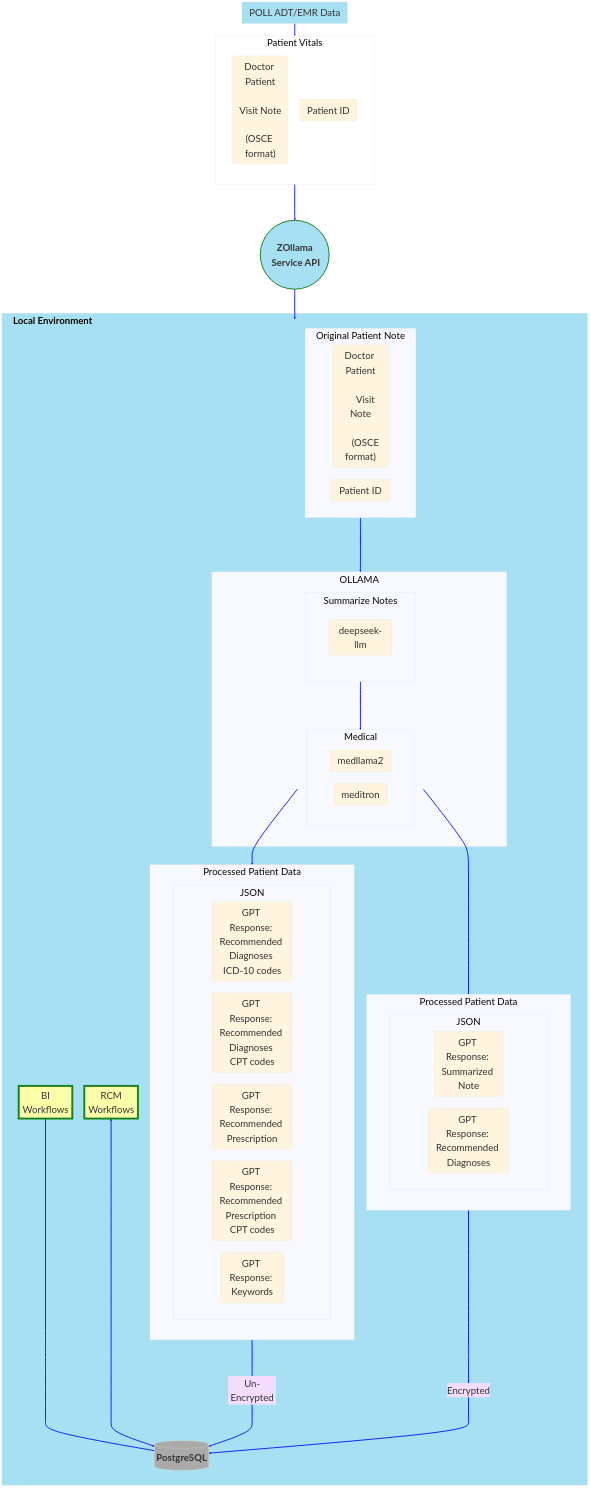
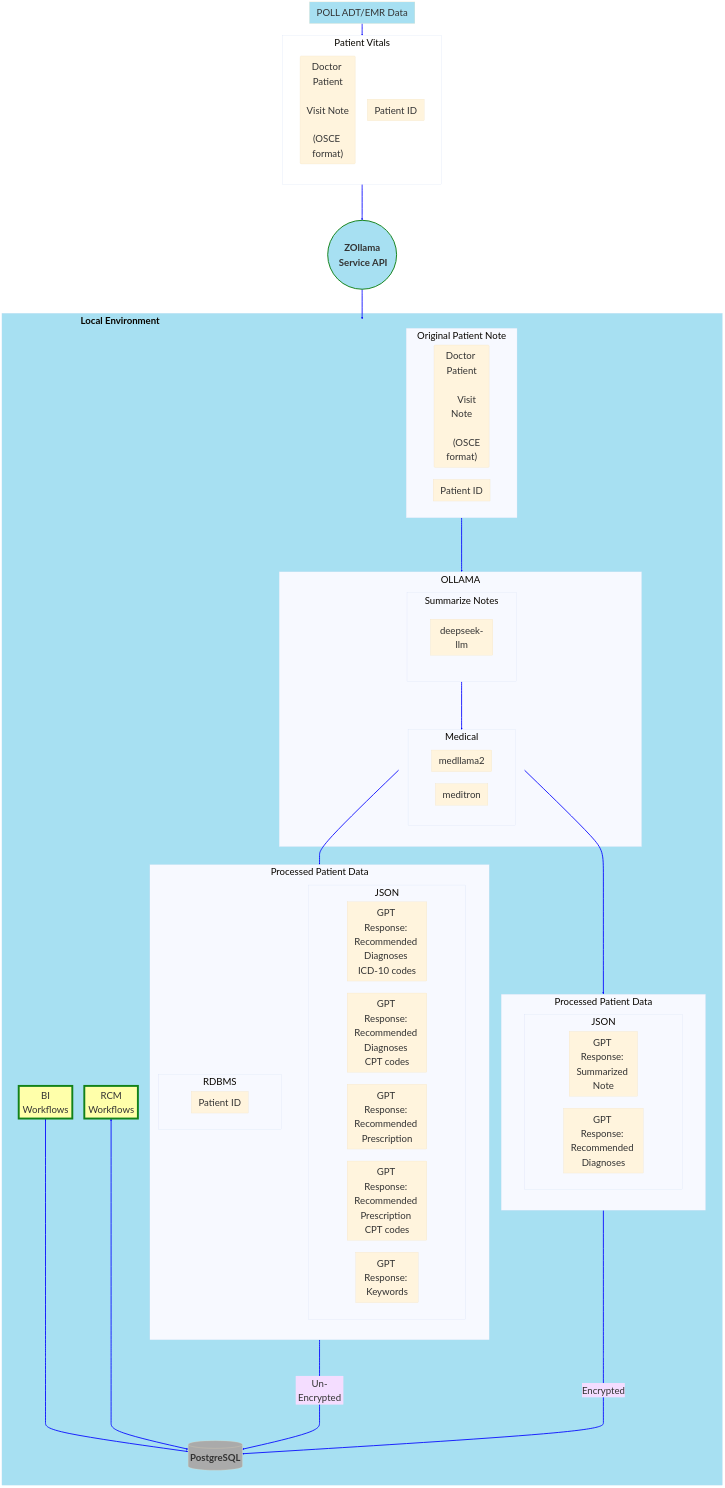
Before and after one commit to ovaisq/LLM-MedBillingForecast: the first of 3 diagrams in README.md, drawn with Mermaid.

Commit message:
Finalized overview diagram in README.md

````diff
--- a/README.md
+++ b/README.md
@@ -96,7 +96,13 @@
                         end
                     end
                 end
+                subgraph RDBMS
+                    subgraph blank11[ ]
+                    PID["Patient ID"]
+                    end
+                end
             end
+
             
         end
     end
@@ -111,4 +117,5 @@
     class blank9 subgraph_padding
     class blank9 subgraph_padding
     class blank10 subgraph_padding
+    class blank11 subgraph_padding
 ```
````
